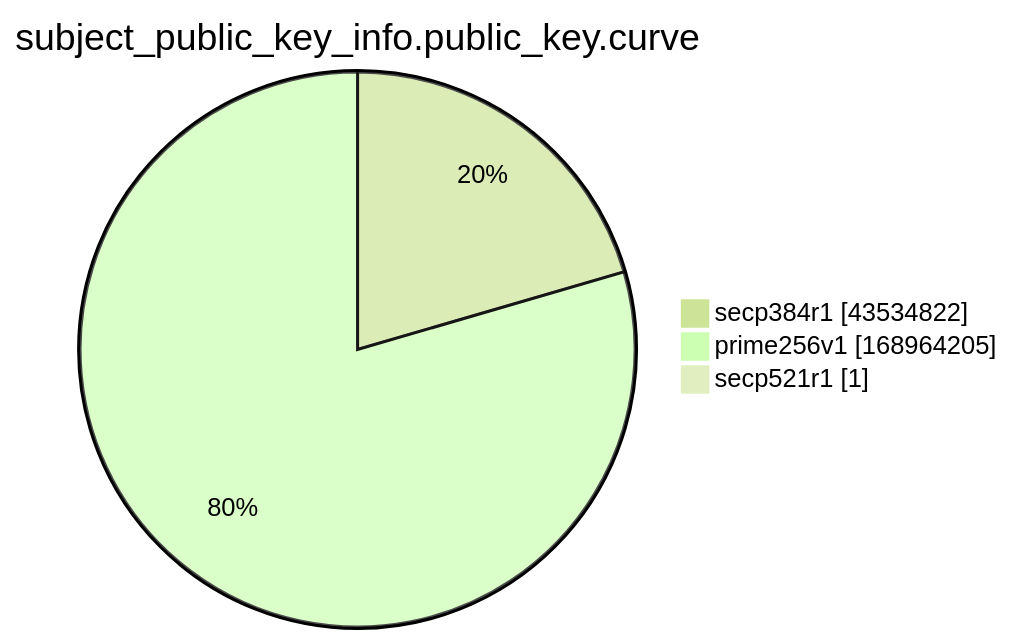
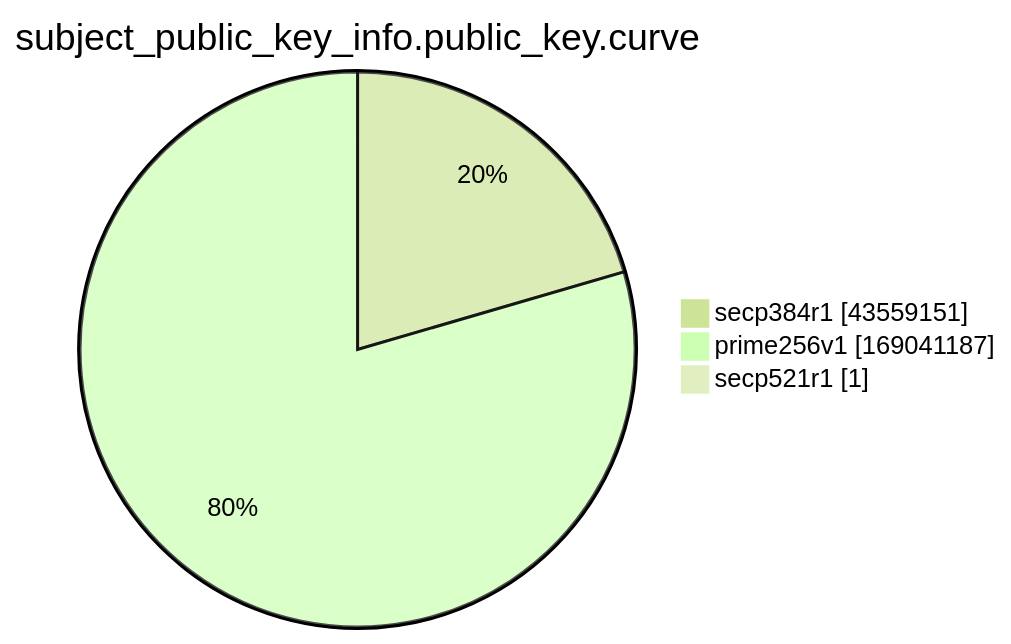
Before and after one commit to christiankrug/ctmonitor_visualization: the ninth of 15 diagrams in xenon2022/README.md, drawn with Mermaid (forest theme). The commit also changed other lines of this file, not shown here.

````diff
--- a/xenon2022/README.md
+++ b/xenon2022/README.md
@@ -2870,7 +2870,7 @@
 ```mermaid
 pie showData
 title subject_public_key_info.public_key.curve
-"secp384r1" :43534822
-"prime256v1" :168964205
+"secp384r1" :43559151
+"prime256v1" :169041187
 "secp521r1" :1
 ```
````
